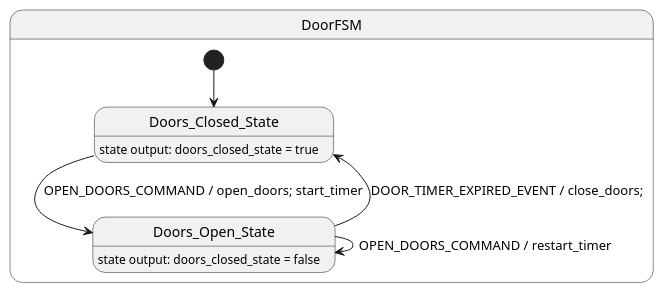
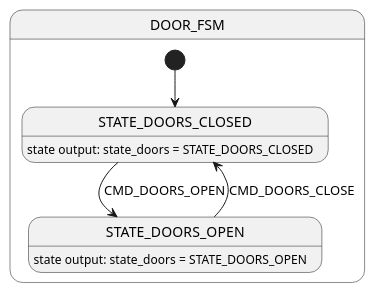
The diagram in docs/state_machines/node-door-controller/door_fsm.puml (paetzholdt/CANRepo), drawn with PlantUML before and after one commit. The commit also changed 3 other files, not shown here.

Commit message:
add door supervisor actitivity diagram, refactor door fsm and replace door command in stop request with door request

```diff
--- a/docs/state_machines/node-door-controller/door_fsm.puml
+++ b/docs/state_machines/node-door-controller/door_fsm.puml
@@ -1,19 +1,18 @@
 @startuml door_fsm
-state DoorFSM {
-    [*] --> Doors_Closed_State
-    state Doors_Closed_State
+state DOOR_FSM {
+    [*] --> STATE_DOORS_CLOSED
+    state STATE_DOORS_CLOSED
     /'state Doors_Closing_State'/
-    state Doors_Open_State
+    state STATE_DOORS_OPEN
     /'state Doors_Opening_State'/
 
-    Doors_Closed_State: state output: doors_closed_state = true
+    STATE_DOORS_CLOSED: state output: state_doors = STATE_DOORS_CLOSED
 
-    Doors_Open_State: state output: doors_closed_state = false
+    STATE_DOORS_OPEN: state output: state_doors = STATE_DOORS_OPEN
 
-    Doors_Closed_State --> Doors_Open_State : OPEN_DOORS_COMMAND / open_doors; start_timer
-    Doors_Open_State --> Doors_Closed_State : DOOR_TIMER_EXPIRED_EVENT / close_doors;
-    Doors_Open_State --> Doors_Open_State : OPEN_DOORS_COMMAND / restart_timer
+    STATE_DOORS_CLOSED --> STATE_DOORS_OPEN : CMD_DOORS_OPEN
+    STATE_DOORS_OPEN --> STATE_DOORS_CLOSED : CMD_DOORS_CLOSE
 }
 
 
 @enduml
```
